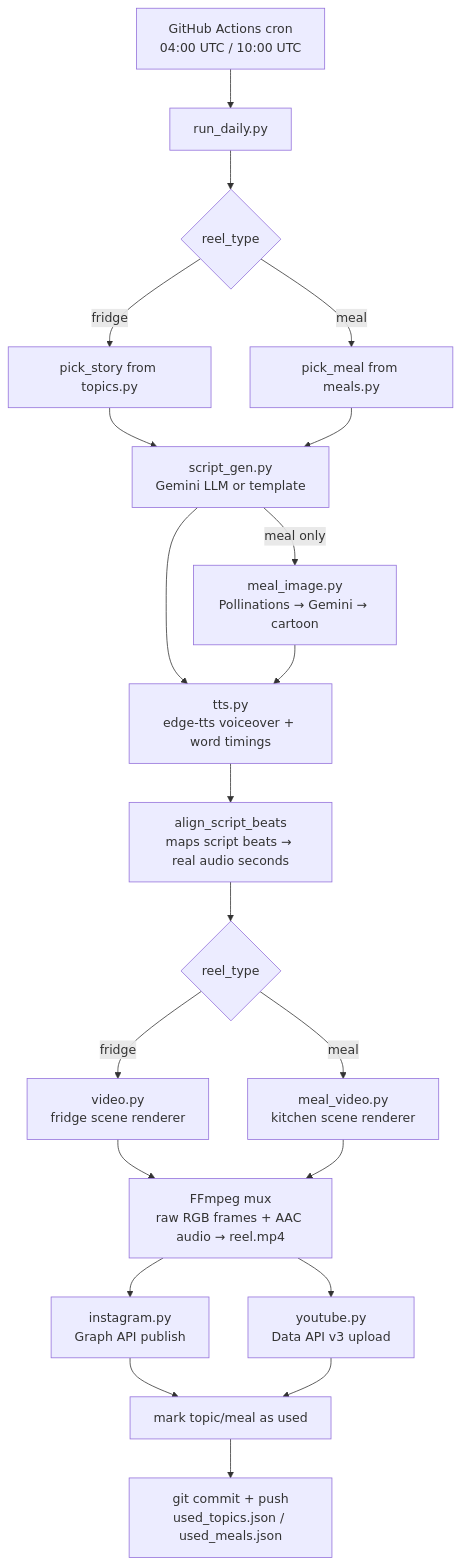
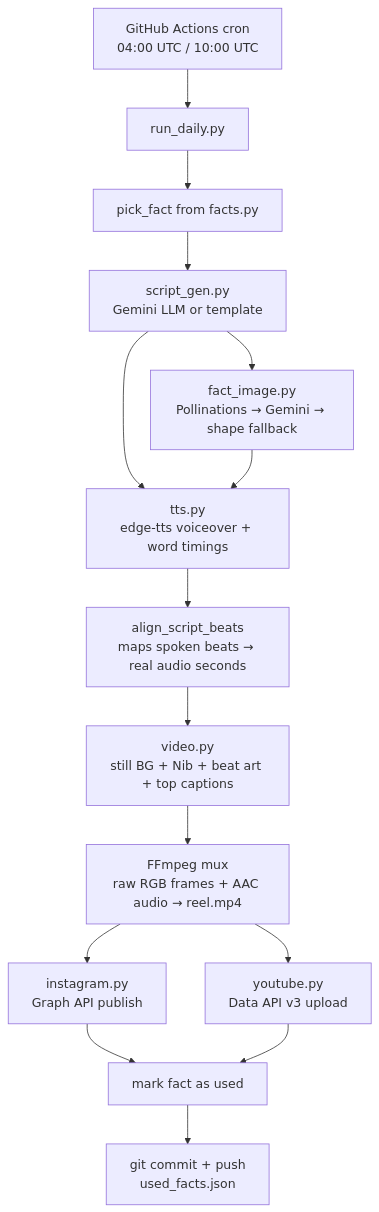
The diagram in README.md (Vaibhav0126/ai-reel-bot), drawn with Mermaid before and after one commit. The commit also changed other lines of this file and 16 other files, not shown here.

````diff
--- a/README.md
+++ b/README.md
@@ -80,23 +82,17 @@
 ```mermaid
 flowchart TD
     A[GitHub Actions cron<br/>04:00 UTC / 10:00 UTC] --> B[run_daily.py]
-    B --> C{reel_type}
-    C -->|fridge| D[pick_story from topics.py]
-    C -->|meal| E[pick_meal from meals.py]
-    D --> F[script_gen.py<br/>Gemini LLM or template]
-    E --> F
-    F -->|meal only| G[meal_image.py<br/>Pollinations → Gemini → cartoon]
+    B --> C[pick_fact from facts.py]
+    C --> F[script_gen.py<br/>Gemini LLM or template]
+    F --> G[fact_image.py<br/>Pollinations → Gemini → shape fallback]
     F --> H[tts.py<br/>edge-tts voiceover + word timings]
     G --> H
-    H --> I[align_script_beats<br/>maps script beats → real audio seconds]
-    I --> J{reel_type}
-    J -->|fridge| K[video.py<br/>fridge scene renderer]
-    J -->|meal| L[meal_video.py<br/>kitchen scene renderer]
+    H --> I[align_script_beats<br/>maps spoken beats → real audio seconds]
+    I --> K[video.py<br/>still BG + Nib + beat art + top captions]
     K --> M[FFmpeg mux<br/>raw RGB frames + AAC audio → reel.mp4]
-    L --> M
     M --> N[instagram.py<br/>Graph API publish]
     M --> O[youtube.py<br/>Data API v3 upload]
-    N --> P[mark topic/meal as used]
+    N --> P[mark fact as used]
     O --> P
-    P --> Q[git commit + push<br/>used_topics.json / used_meals.json]
+    P --> Q[git commit + push<br/>used_facts.json]
 ```
````
